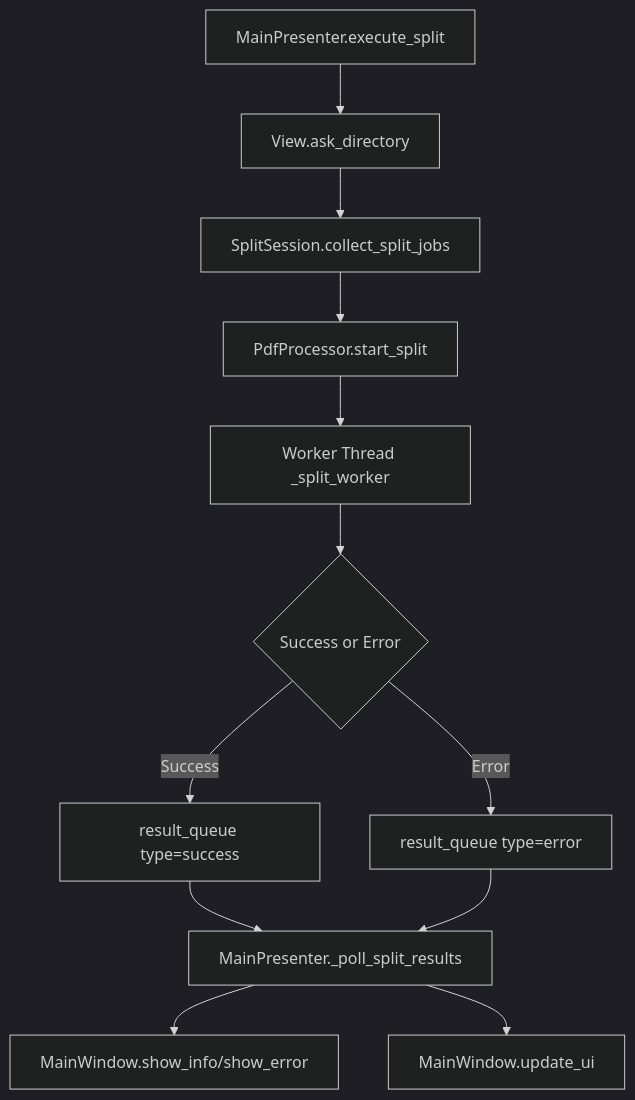
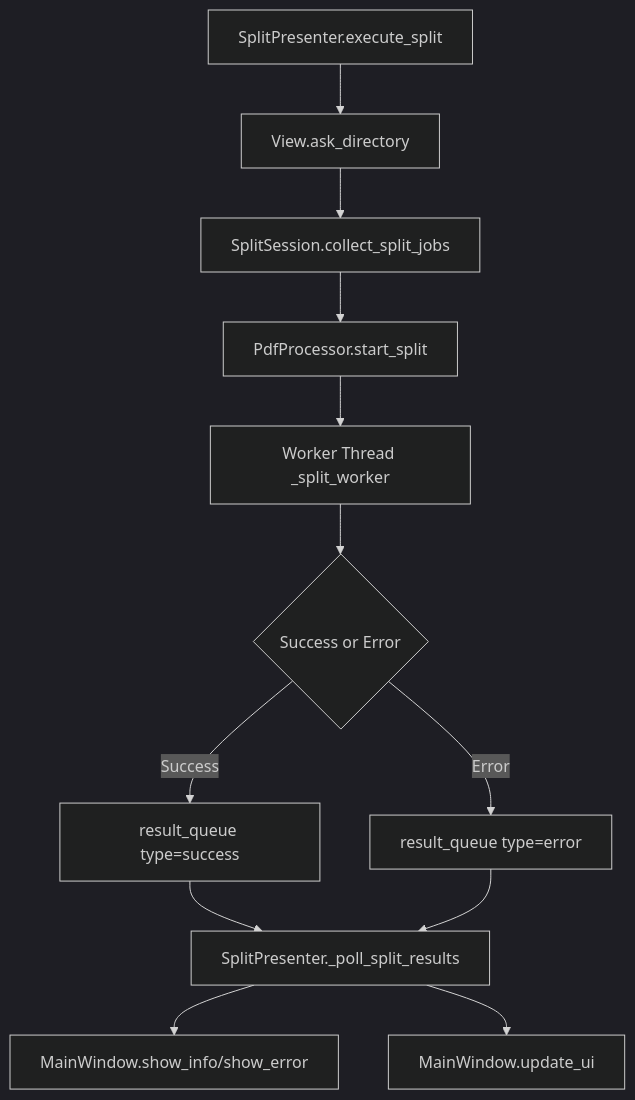
One commit to sho-kawasaki-dd/pdf_toolbox changed the second of 3 diagrams in docs/developer-architecture.md. Above: the diagram before and after it, drawn with Mermaid (dark theme). The commit also changed other lines of this file and 41 other files, not shown here.

````diff
--- a/docs/developer-architecture.md
+++ b/docs/developer-architecture.md
@@ -178,14 +184,14 @@
 ```mermaid
 flowchart TD
-    A[MainPresenter.execute_split] --> B[View.ask_directory]
+  A[SplitPresenter.execute_split] --> B[View.ask_directory]
     B --> C[SplitSession.collect_split_jobs]
     C --> D[PdfProcessor.start_split]
     D --> E[Worker Thread _split_worker]
     E --> F{Success or Error}
     F -->|Success| G[result_queue type=success]
     F -->|Error| H[result_queue type=error]
-    G --> I[MainPresenter._poll_split_results]
+  G --> I[SplitPresenter._poll_split_results]
     H --> I
     I --> J[MainWindow.show_info/show_error]
     I --> K[MainWindow.update_ui]
 ```
````
